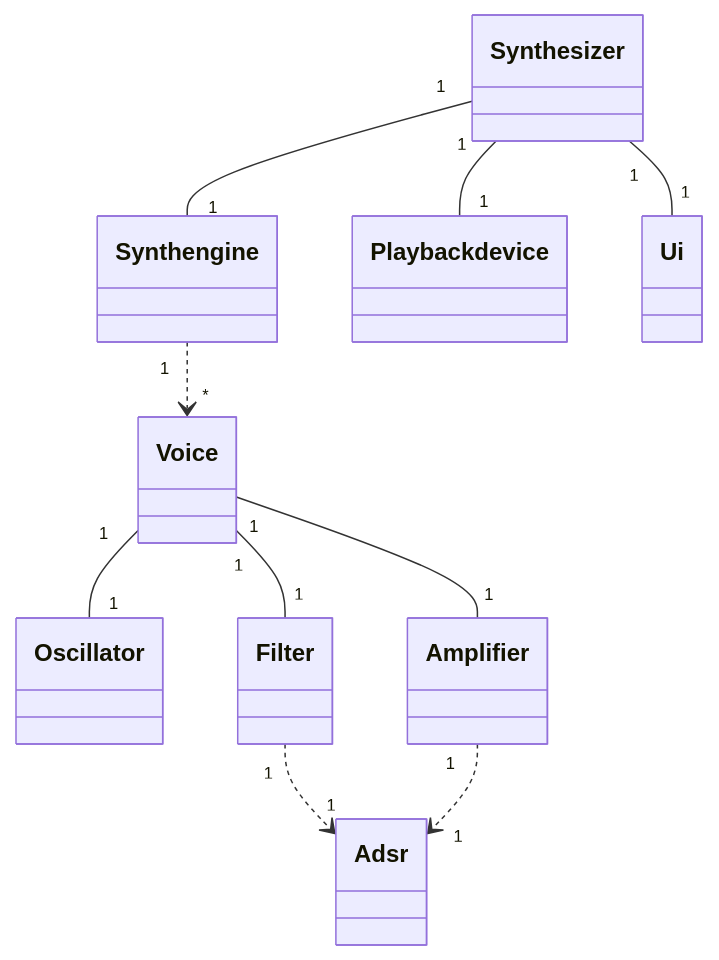
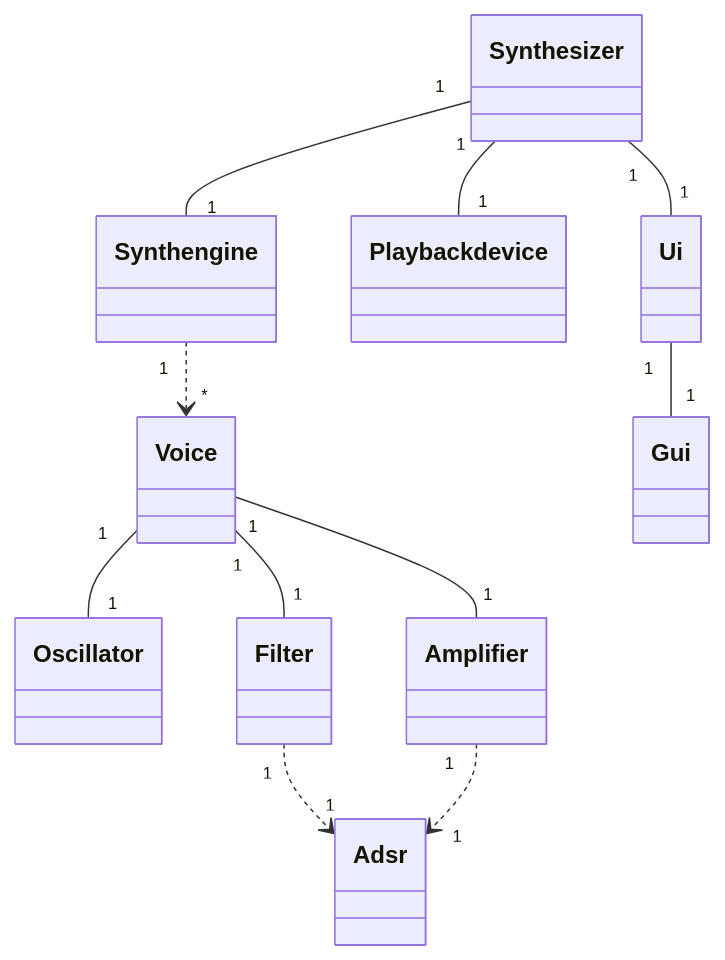
One commit to rudolf-heiskanen/ot-harjoitustyo changed the first of 2 diagrams in dokumentaatio/arkkitehtuuri.md. Above: the diagram before and after it, drawn with Mermaid. The commit also changed other lines of this file and 16 other files, not shown here.

````diff
--- a/dokumentaatio/arkkitehtuuri.md
+++ b/dokumentaatio/arkkitehtuuri.md
@@ -2,23 +2,25 @@
 ```mermaid
 classDiagram
     class Synthesizer
     class Synthengine
     class Playbackdevice
     class Voice
     class Oscillator
     class Amplifier
     class Filter
     class Adsr
     class Ui
+    class Gui
 
     Synthesizer "1" -- "1" Synthengine
     Synthesizer "1" -- "1" Playbackdevice
     Synthesizer "1" -- "1" Ui
+    Ui "1" -- "1" Gui
 
     Synthengine "1" ..> "*" Voice
     Voice "1" -- "1" Oscillator
     Voice "1" -- "1" Filter
     Voice "1" -- "1" Amplifier
     Filter "1" ..> "1"  Adsr
     Amplifier "1" ..> "1" Adsr
 ```
````
